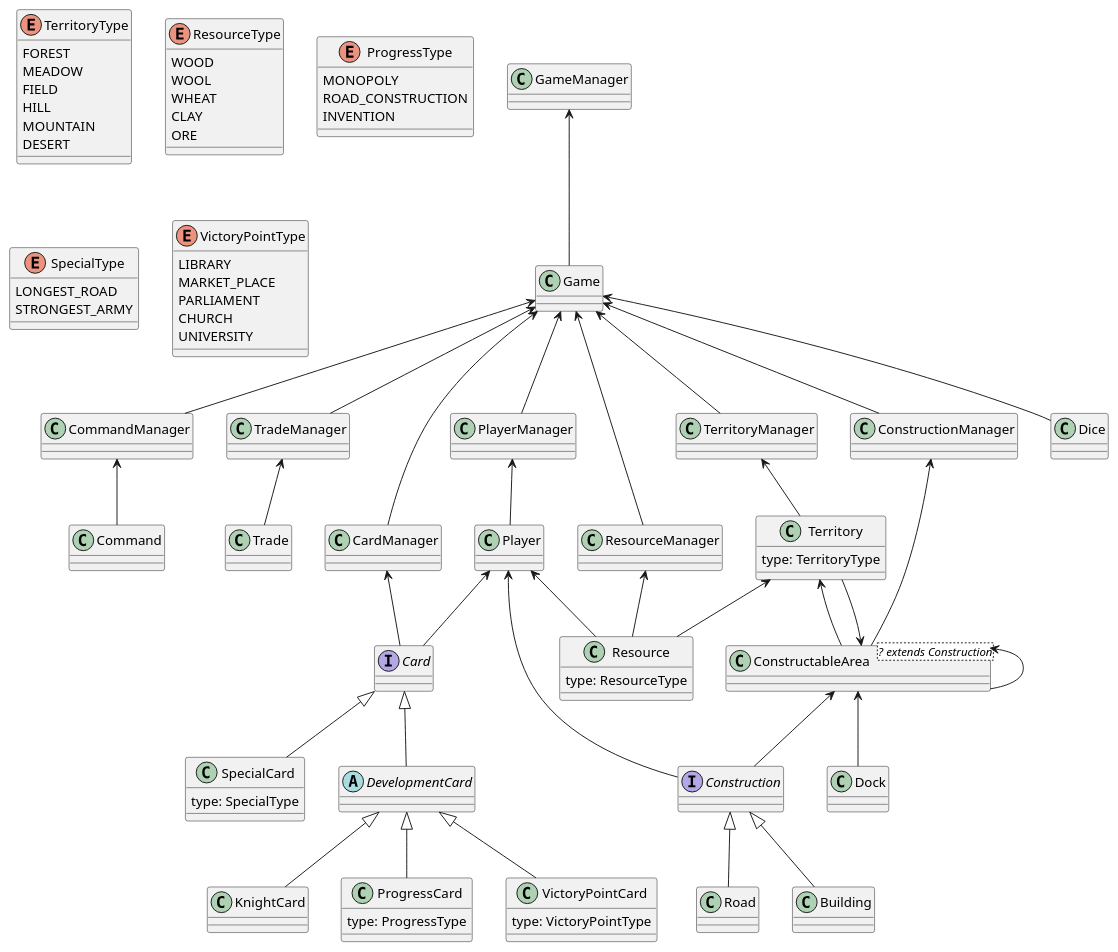
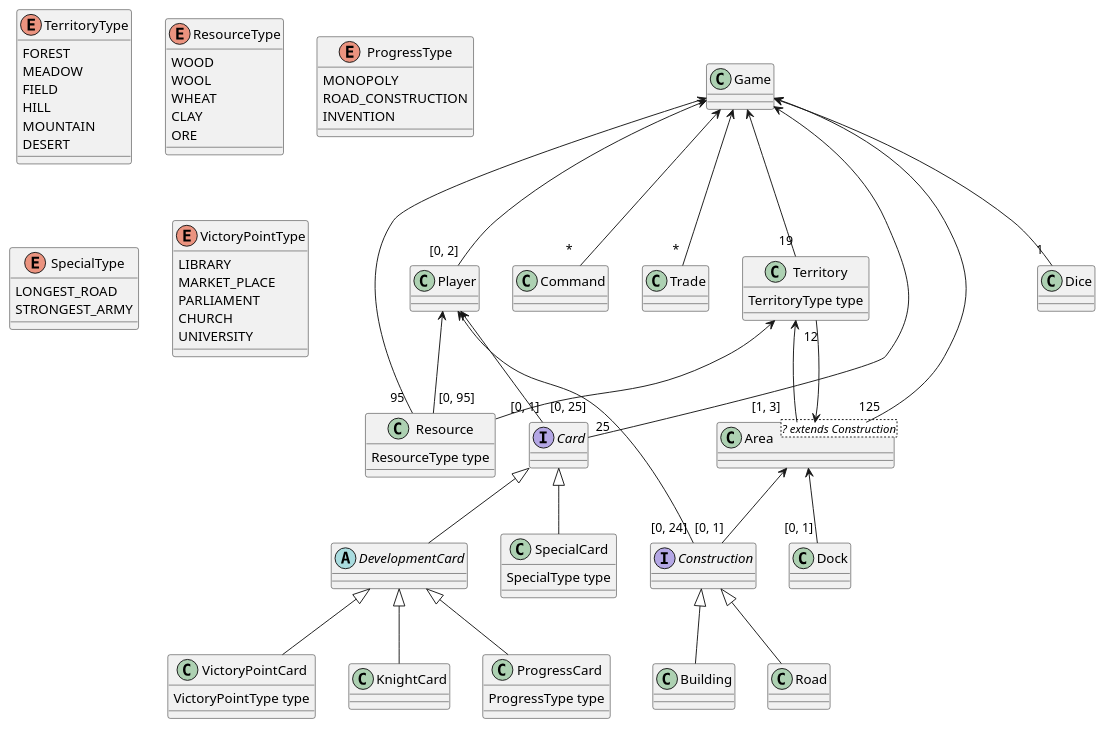
Before and after one commit to Bobinho44/PROJET_OOAD_M1: the diagram in catan-doc/modules/analyse/partials/CatanUMLDiagram.puml, drawn with PlantUML.

Commit message:
Replace CatanUMLDiagram.puml

```diff
--- a/catan-doc/modules/analyse/partials/CatanUMLDiagram.puml
+++ b/catan-doc/modules/analyse/partials/CatanUMLDiagram.puml
@@ -1,101 +1,92 @@
 @startuml
 
 enum TerritoryType {
   FOREST
   MEADOW
   FIELD
   HILL
   MOUNTAIN
   DESERT
 }
 
 class Territory {
-  type: TerritoryType 
+  TerritoryType type
 }
 
 enum ResourceType {
   WOOD
   WOOL
   WHEAT
   CLAY
   ORE
 }
 
 class Resource {
-  type: ResourceType 
+  ResourceType type
 }
 
 enum ProgressType {
   MONOPOLY
   ROAD_CONSTRUCTION
   INVENTION
 }
 
 class ProgressCard {
-  type: ProgressType 
+  ProgressType type
 }
 
 enum SpecialType {
   LONGEST_ROAD
   STRONGEST_ARMY
 }
 
 class SpecialCard {
-  type: SpecialType 
+  SpecialType type
 }
 
 enum VictoryPointType {
   LIBRARY
   MARKET_PLACE
   PARLIAMENT
   CHURCH
   UNIVERSITY
 }
 
 class VictoryPointCard{
-  type: VictoryPointType  
+  VictoryPointType type
 }
 
 interface Card
 interface Construction
 abstract DevelopmentCard
-class ConstructableArea <? extends Construction>
-GameManager<-- Game
+class Area <? extends Construction>
 
-Game <-- CommandManager
-Game <-- TradeManager
-Game <-- CardManager
-Game <-- ResourceManager
-Game <-- PlayerManager
-Game <-- ConstructionManager
-Game <-- TerritoryManager
-Game <-- Dice
+Game <-- "                              *" Command
+Game <-- "            *" Trade
+Game <-- "25 " Card
+Game <-- "95 " Resource
+Game <-- "[0, 2]" Player
+Game <-- " 125" Area
+Game <-- "19" Territory
+Game <--  "            1" Dice
 
-CommandManager <-- Command
-TradeManager <-- Trade
-CardManager <-- Card
-ResourceManager <-- Resource
-PlayerManager <-- Player
-ConstructionManager <-- ConstructableArea
-TerritoryManager <-- Territory
 
 Card <|-- DevelopmentCard
 Card <|-- SpecialCard
 
 DevelopmentCard <|-- ProgressCard
 DevelopmentCard <|-- VictoryPointCard
 DevelopmentCard <|-- KnightCard
 
-ConstructableArea <-- Construction
+Area <-- "[0, 1]" Construction
 Construction <|-- Building
 Construction <|-- Road
 
-ConstructableArea <-- Territory
-Player <-- Resource
-Player <-- Construction
-Player <-- Card
-Territory <-- Resource
-Territory <-- ConstructableArea 
-ConstructableArea <-- ConstructableArea 
-ConstructableArea <-- Dock
+Area <-- "12" Territory
+Player <-- "[0, 95]   " Resource
+Player <-- "[0, 24]" Construction
+Player <-- "  [0, 25]" Card
+Territory <-- "   [0, 1]" Resource
+Territory <-- "[1, 3]   " Area 
+Area <-- "[0, 1]" Dock
 @enduml
```
